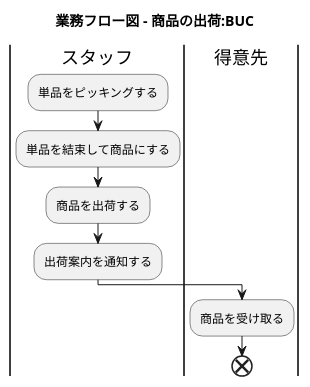
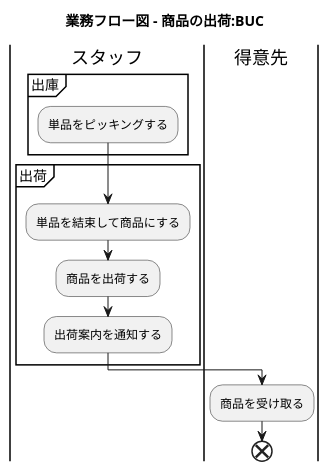
Diagram 14 of 38 in docs/index.adoc (k2works/application_programing_excercise_2022), drawn with PlantUML before and after one commit. The commit also changed other lines of this file, not shown here.

Commit message:
docs: ユースケース複合図

```diff
--- a/docs/index.adoc
+++ b/docs/index.adoc
@@ -493,19 +518,22 @@
 [plantuml]
 ----
 @startuml
 
 title 業務フロー図 - 商品の出荷:BUC
 
 |スタッフ|
-:単品をピッキングする;
-:単品を結束して商品にする;
-:商品を出荷する;
-:出荷案内を通知する;
-
+partition 出庫 {
+    :単品をピッキングする;
+}
+partition 出荷 {
+    :単品を結束して商品にする;
+    :商品を出荷する;
+    :出荷案内を通知する;
+}
 |得意先|
 :商品を受け取る;
 
 end
 
 @enduml
 ----
```
